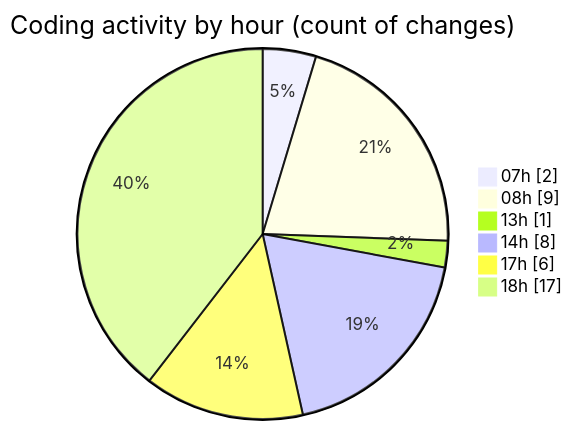
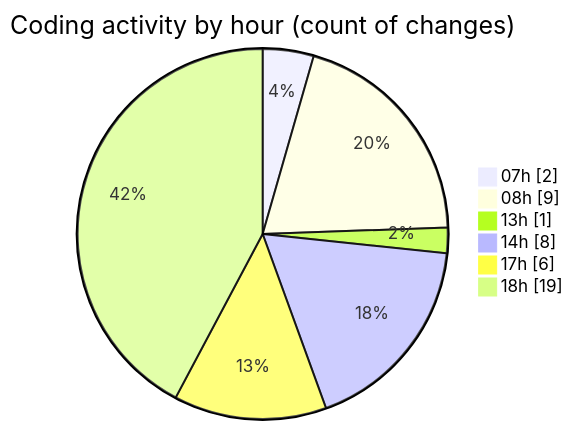
The second of 2 diagrams in 2025-05-14/niten/README.md (Elitesun/code-tracking), drawn with Mermaid before and after one commit. The commit also changed other lines of this file and 1 other file, not shown here.

````diff
--- a/2025-05-14/niten/README.md
+++ b/2025-05-14/niten/README.md
@@ -42,10 +42,10 @@
 ```mermaid
 pie showData
 title Coding activity by hour (count of changes)
 "07h" : 2
 "08h" : 9
 "13h" : 1
 "14h" : 8
 "17h" : 6
-"18h" : 17
+"18h" : 19
 ```
````
